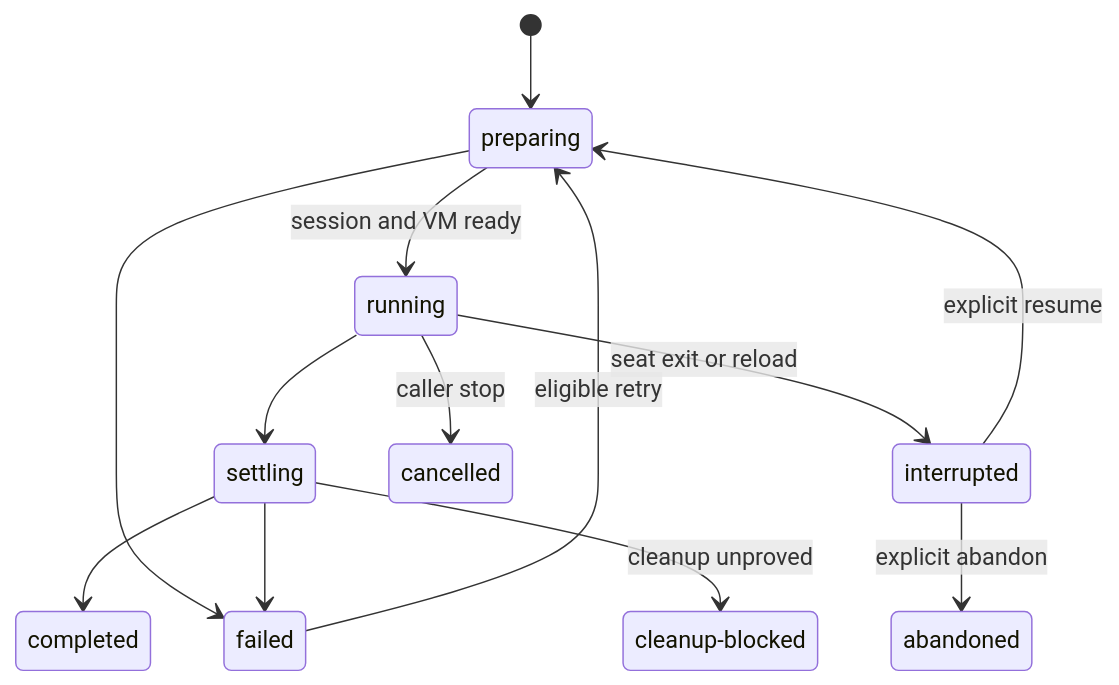
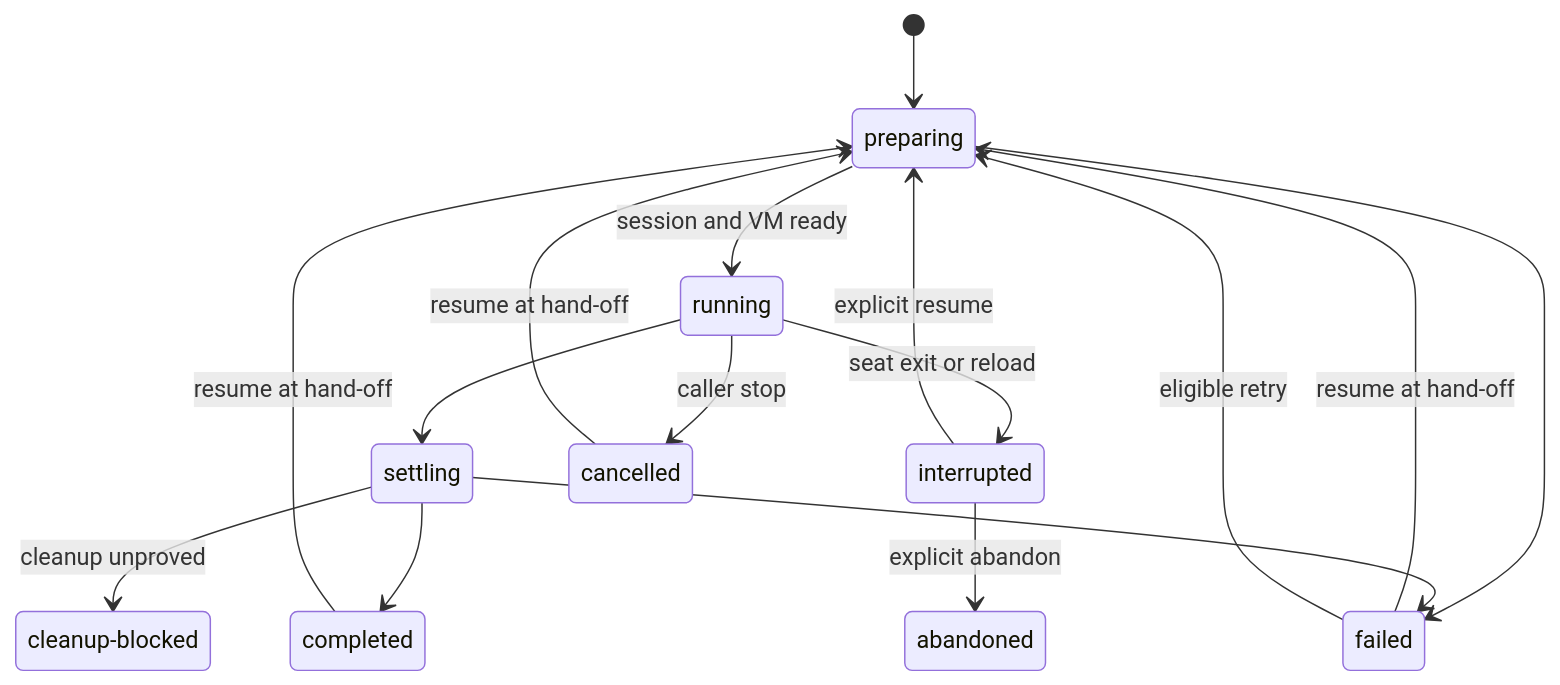
One commit to vegardx/pi-subagent changed the second of 2 diagrams in docs/architecture.md. Above: the diagram before and after it, drawn with Mermaid. The commit also changed other lines of this file and 13 other files, not shown here.

````diff
--- a/docs/architecture.md
+++ b/docs/architecture.md
@@ -243,17 +249,20 @@
 ```mermaid
 stateDiagram-v2
     [*] --> preparing
     preparing --> running: session and VM ready
     preparing --> failed
     running --> settling
     running --> interrupted: seat exit or reload
     running --> cancelled: caller stop
     settling --> completed
     settling --> failed
     settling --> cleanupBlocked: cleanup unproved
     interrupted --> preparing: explicit resume
+    completed --> preparing: resume at hand-off
+    failed --> preparing: resume at hand-off
+    cancelled --> preparing: resume at hand-off
     interrupted --> abandoned: explicit abandon
     failed --> preparing: eligible retry
     cleanupBlocked: cleanup-blocked
     abandoned: abandoned
 ```
````
